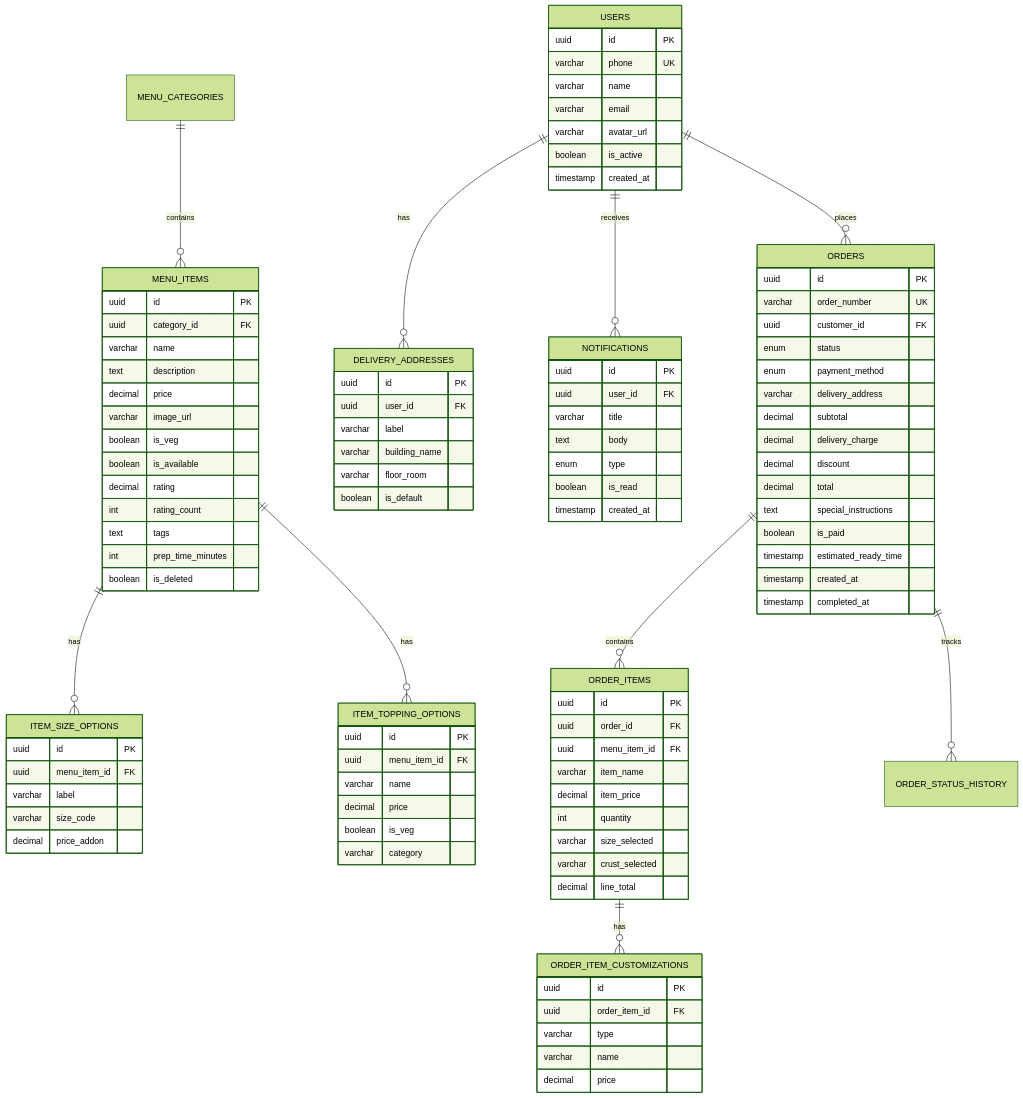
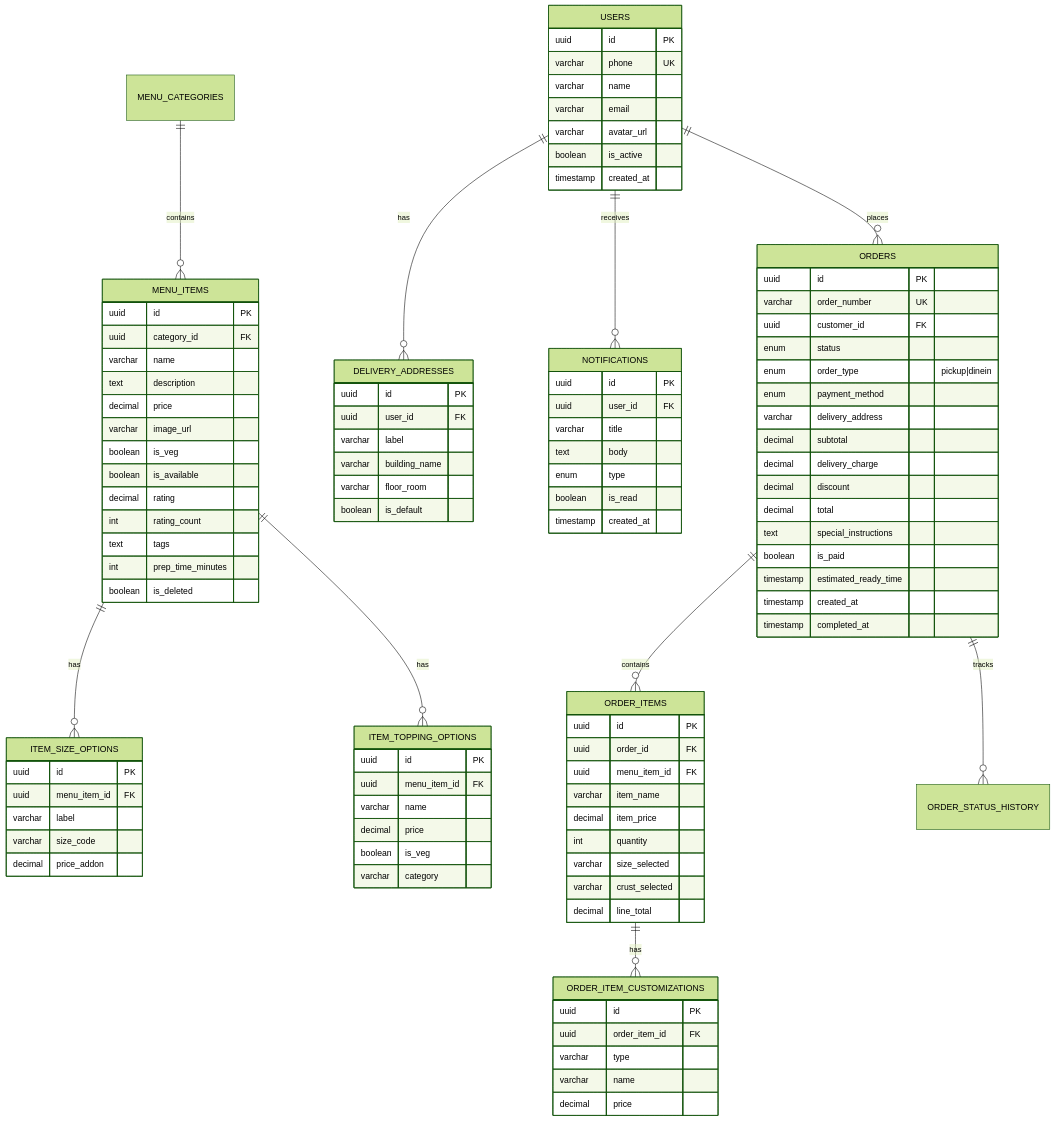
The seventh of 8 diagrams in campus_food_ordering_system/docs/customer_app_system_design.md (csanni/frescos-app), drawn with Mermaid (forest theme) before and after one commit. The commit also changed other lines of this file and 3 other files, not shown here.

```diff
--- a/campus_food_ordering_system/docs/customer_app_system_design.md
+++ b/campus_food_ordering_system/docs/customer_app_system_design.md
@@ -648,6 +735,7 @@
         varchar order_number UK
         uuid customer_id FK
         enum status
+        enum order_type "pickup|dinein"
         enum payment_method
         varchar delivery_address
         decimal subtotal
```
